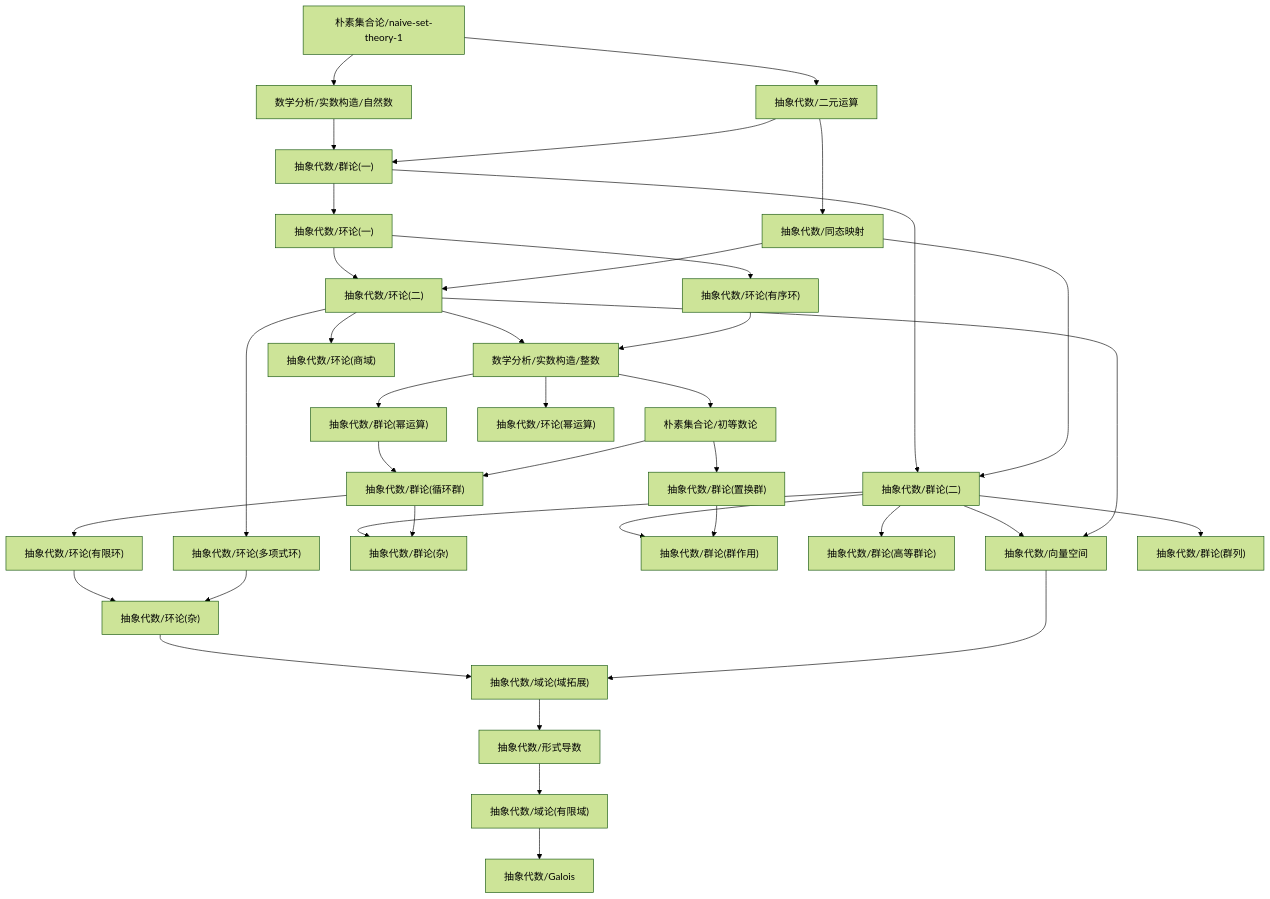
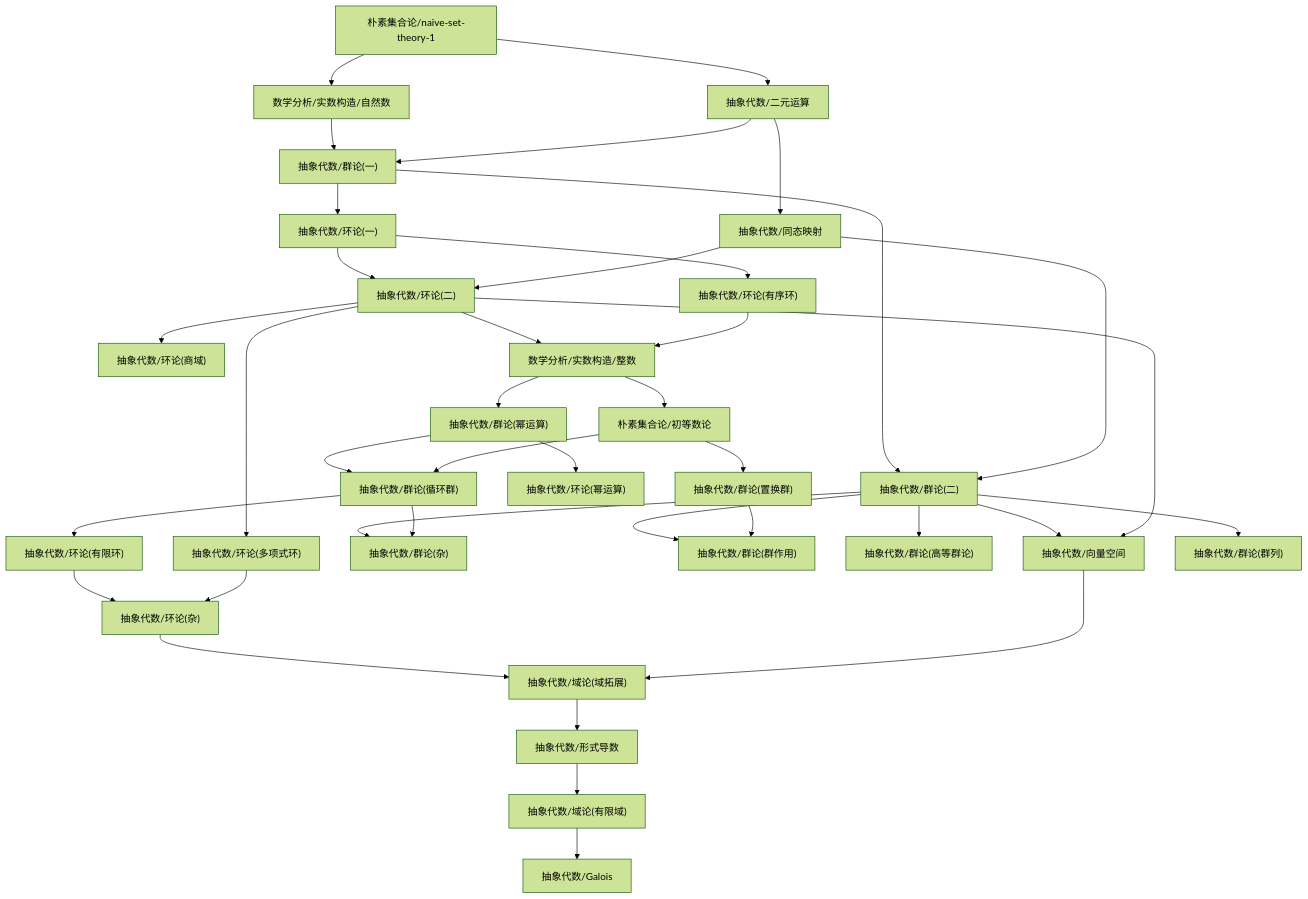
Before and after one commit to zeroDtree/zeroDtree.github.io: the diagram in content/抽象代数/dependency_graph.md, drawn with Mermaid (forest theme). The commit also changed 14 other files, not shown here.

````diff
--- a/content/抽象代数/dependency_graph.md
+++ b/content/抽象代数/dependency_graph.md
@@ -1,40 +1,40 @@
 ```mermaid
 graph TD
 1["抽象代数/群论(循环群)"] --> 0["抽象代数/环论(有限环)"]
 3["抽象代数/环论(一)"] --> 2["抽象代数/环论(二)"]
 4["抽象代数/同态映射"] --> 2["抽象代数/环论(二)"]
 0["抽象代数/环论(有限环)"] --> 5["抽象代数/环论(杂)"]
 6["抽象代数/环论(多项式环)"] --> 5["抽象代数/环论(杂)"]
 8["朴素集合论/naive-set-theory-1"] --> 7["抽象代数/二元运算"]
 10["抽象代数/群论(二)"] --> 9["抽象代数/群论(杂)"]
 1["抽象代数/群论(循环群)"] --> 9["抽象代数/群论(杂)"]
 12["抽象代数/域论(域拓展)"] --> 11["抽象代数/形式导数"]
 13["抽象代数/群论(一)"] --> 10["抽象代数/群论(二)"]
 4["抽象代数/同态映射"] --> 10["抽象代数/群论(二)"]
 14["抽象代数/群论(幂运算)"] --> 1["抽象代数/群论(循环群)"]
 15["朴素集合论/初等数论"] --> 1["抽象代数/群论(循环群)"]
-17["数学分析/实数构造/整数"] --> 16["抽象代数/环论(幂运算)"]
-10["抽象代数/群论(二)"] --> 18["抽象代数/群论(群作用)"]
-19["抽象代数/群论(置换群)"] --> 18["抽象代数/群论(群作用)"]
-2["抽象代数/环论(二)"] --> 20["抽象代数/环论(商域)"]
+14["抽象代数/群论(幂运算)"] --> 16["抽象代数/环论(幂运算)"]
+10["抽象代数/群论(二)"] --> 17["抽象代数/群论(群作用)"]
+18["抽象代数/群论(置换群)"] --> 17["抽象代数/群论(群作用)"]
+2["抽象代数/环论(二)"] --> 19["抽象代数/环论(商域)"]
 13["抽象代数/群论(一)"] --> 3["抽象代数/环论(一)"]
-10["抽象代数/群论(二)"] --> 21["抽象代数/群论(高等群论)"]
-23["抽象代数/域论(有限域)"] --> 22["抽象代数/Galois"]
-24["数学分析/实数构造/自然数"] --> 13["抽象代数/群论(一)"]
+10["抽象代数/群论(二)"] --> 20["抽象代数/群论(高等群论)"]
+22["抽象代数/域论(有限域)"] --> 21["抽象代数/Galois"]
+23["数学分析/实数构造/自然数"] --> 13["抽象代数/群论(一)"]
 7["抽象代数/二元运算"] --> 13["抽象代数/群论(一)"]
-10["抽象代数/群论(二)"] --> 25["抽象代数/向量空间"]
-2["抽象代数/环论(二)"] --> 25["抽象代数/向量空间"]
-3["抽象代数/环论(一)"] --> 27["抽象代数/环论(有序环)"]
+10["抽象代数/群论(二)"] --> 24["抽象代数/向量空间"]
+2["抽象代数/环论(二)"] --> 24["抽象代数/向量空间"]
+3["抽象代数/环论(一)"] --> 26["抽象代数/环论(有序环)"]
 2["抽象代数/环论(二)"] --> 6["抽象代数/环论(多项式环)"]
 5["抽象代数/环论(杂)"] --> 12["抽象代数/域论(域拓展)"]
-25["抽象代数/向量空间"] --> 12["抽象代数/域论(域拓展)"]
-11["抽象代数/形式导数"] --> 23["抽象代数/域论(有限域)"]
-17["数学分析/实数构造/整数"] --> 14["抽象代数/群论(幂运算)"]
+24["抽象代数/向量空间"] --> 12["抽象代数/域论(域拓展)"]
+11["抽象代数/形式导数"] --> 22["抽象代数/域论(有限域)"]
+27["数学分析/实数构造/整数"] --> 14["抽象代数/群论(幂运算)"]
 10["抽象代数/群论(二)"] --> 28["抽象代数/群论(群列)"]
 7["抽象代数/二元运算"] --> 4["抽象代数/同态映射"]
-15["朴素集合论/初等数论"] --> 19["抽象代数/群论(置换群)"]
-17["数学分析/实数构造/整数"] --> 15["朴素集合论/初等数论"]
-2["抽象代数/环论(二)"] --> 17["数学分析/实数构造/整数"]
-27["抽象代数/环论(有序环)"] --> 17["数学分析/实数构造/整数"]
-8["朴素集合论/naive-set-theory-1"] --> 24["数学分析/实数构造/自然数"]
+15["朴素集合论/初等数论"] --> 18["抽象代数/群论(置换群)"]
+27["数学分析/实数构造/整数"] --> 15["朴素集合论/初等数论"]
+2["抽象代数/环论(二)"] --> 27["数学分析/实数构造/整数"]
+26["抽象代数/环论(有序环)"] --> 27["数学分析/实数构造/整数"]
+8["朴素集合论/naive-set-theory-1"] --> 23["数学分析/实数构造/自然数"]
 ```
````
